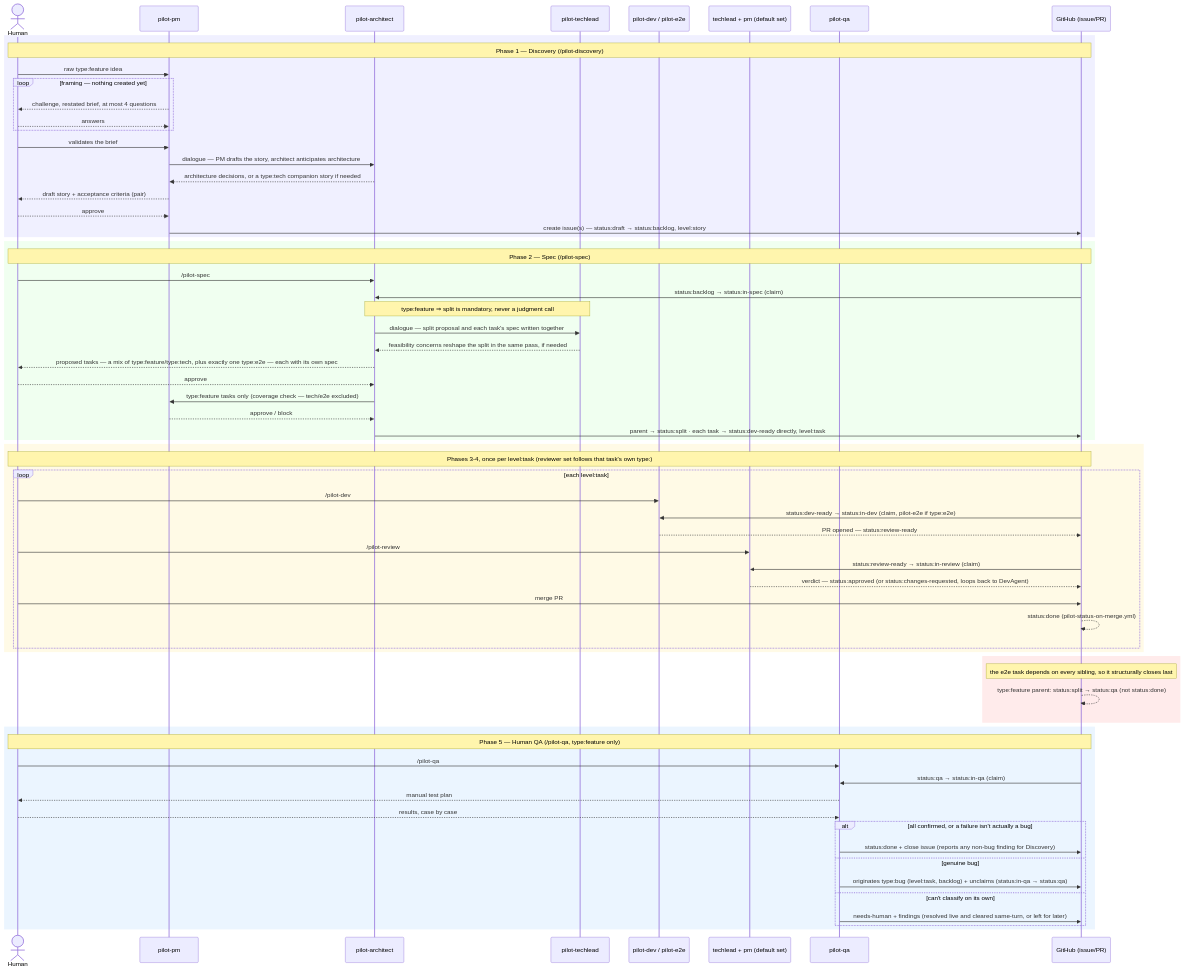
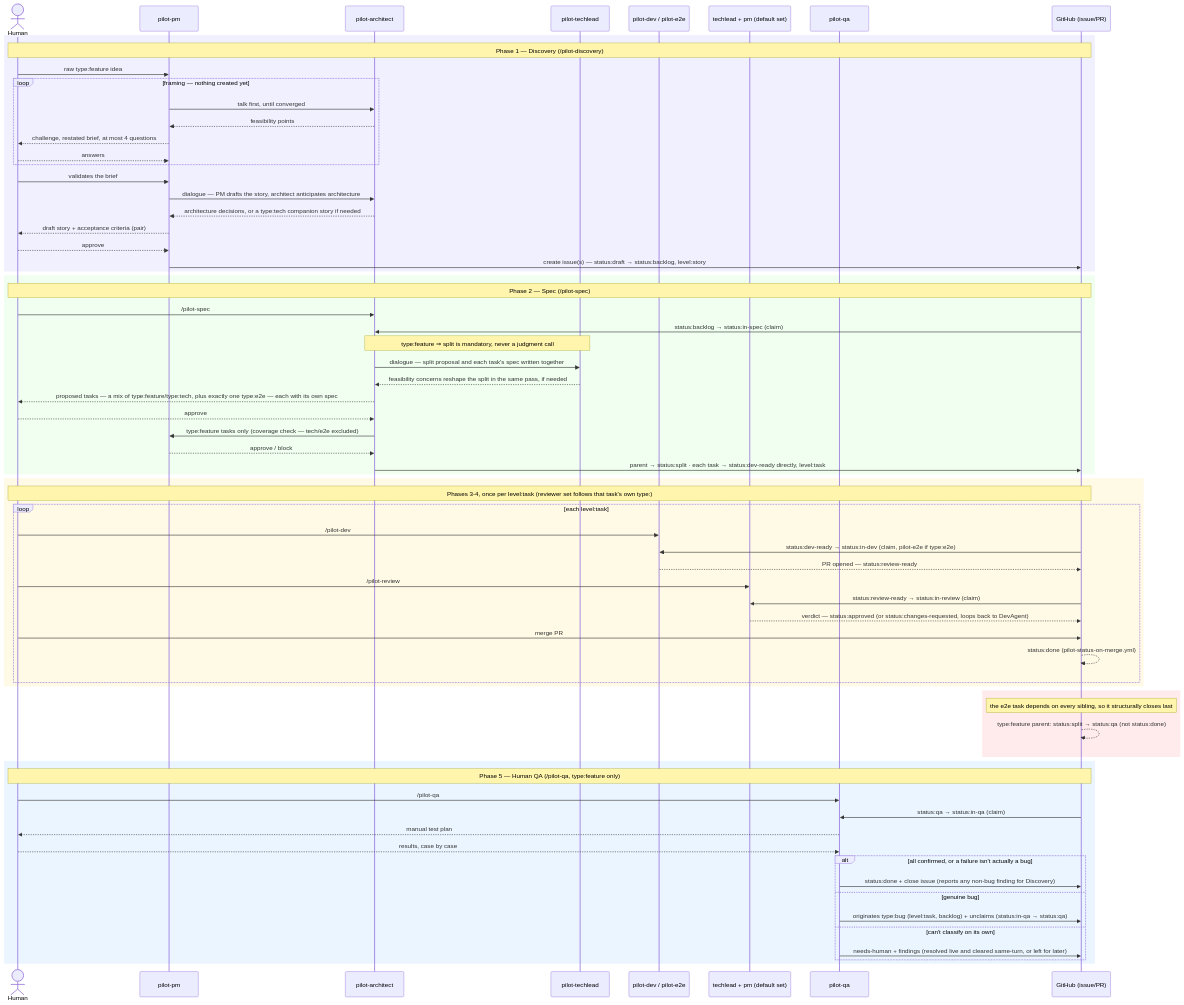
Before and after one commit to Jonas-Eve/pilot: the diagram in assets/docs/pilot-process-companion.md, drawn with Mermaid. The commit also changed 8 other files, not shown here.

````diff
--- a/assets/docs/pilot-process-companion.md
+++ b/assets/docs/pilot-process-companion.md
@@ -131,74 +131,76 @@
 ```mermaid
 sequenceDiagram
     actor Human
     participant PM as pilot-pm
     participant Arch as pilot-architect
     participant Tech as pilot-techlead
     participant DevAgent as pilot-dev / pilot-e2e
     participant Rev as techlead + pm (default set)
     participant QAAgent as pilot-qa
     participant GH as GitHub (issue/PR)
 
     rect rgb(240,240,255)
     Note over Human,GH: Phase 1 — Discovery (/pilot-discovery)
     Human->>PM: raw type:feature idea
     loop framing — nothing created yet
+        PM->>Arch: talk first, until converged
+        Arch-->>PM: feasibility points
         PM-->>Human: challenge, restated brief, at most 4 questions
         Human-->>PM: answers
     end
     Human->>PM: validates the brief
     PM->>Arch: dialogue — PM drafts the story, architect anticipates architecture
     Arch-->>PM: architecture decisions, or a type:tech companion story if needed
     PM-->>Human: draft story + acceptance criteria (pair)
     Human-->>PM: approve
     PM->>GH: create issue(s) — status:draft → status:backlog, level:story
     end
 
     rect rgb(240,255,240)
     Note over Human,GH: Phase 2 — Spec (/pilot-spec)
     Human->>Arch: /pilot-spec #12
     GH->>Arch: status:backlog → status:in-spec (claim)
     Note over Arch,Tech: type:feature ⇒ split is mandatory, never a judgment call
     Arch->>Tech: dialogue — split proposal and each task's spec written together
     Tech-->>Arch: feasibility concerns reshape the split in the same pass, if needed
     Arch-->>Human: proposed tasks — a mix of type:feature/type:tech, plus exactly one type:e2e — each with its own spec
     Human-->>Arch: approve
     Arch->>PM: type:feature tasks only (coverage check — tech/e2e excluded)
     PM-->>Arch: approve / block
     Arch->>GH: parent → status:split · each task → status:dev-ready directly, level:task
     end
 
     rect rgb(255,250,230)
     Note over Human,GH: Phases 3-4, once per level:task (reviewer set follows that task's own type:)
     loop each level:task
         Human->>DevAgent: /pilot-dev #<task>
         GH->>DevAgent: status:dev-ready → status:in-dev (claim, pilot-e2e if type:e2e)
         DevAgent-->>GH: PR opened — status:review-ready
         Human->>Rev: /pilot-review #<PR>
         GH->>Rev: status:review-ready → status:in-review (claim)
         Rev-->>GH: verdict — status:approved (or status:changes-requested, loops back to DevAgent)
         Human->>GH: merge PR
         GH-->>GH: status:done (pilot-status-on-merge.yml)
     end
     end
 
     rect rgb(255,235,235)
     Note over GH: the e2e task depends on every sibling, so it structurally closes last
     GH-->>GH: type:feature parent: status:split → status:qa (not status:done)
     end
 
     rect rgb(235,245,255)
     Note over Human,GH: Phase 5 — Human QA (/pilot-qa, type:feature only)
     Human->>QAAgent: /pilot-qa #12
     GH->>QAAgent: status:qa → status:in-qa (claim)
     QAAgent-->>Human: manual test plan
     Human-->>QAAgent: results, case by case
     alt all confirmed, or a failure isn't actually a bug
         QAAgent->>GH: status:done + close issue (reports any non-bug finding for Discovery)
     else genuine bug
         QAAgent->>GH: originates type:bug (level:task, backlog) + unclaims (status:in-qa → status:qa)
     else can't classify on its own
         QAAgent->>GH: needs-human + findings (resolved live and cleared same-turn, or left for later)
     end
     end
 ```
````
